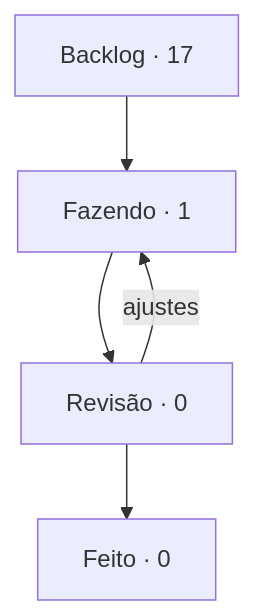
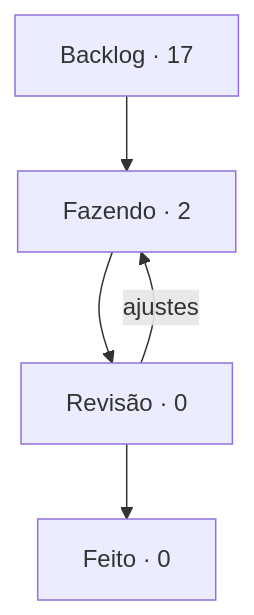
The diagram in boards/dungeon-bend/BOARD.md (StudioVibi/VibiKanban), drawn with Mermaid before and after one commit. The commit also changed other lines of this file and 2 other files, not shown here.

````diff
--- a/boards/dungeon-bend/BOARD.md
+++ b/boards/dungeon-bend/BOARD.md
@@ -5,10 +5,10 @@
 ```mermaid
 flowchart TD
-  backlog["Backlog · 17"] --> doing["Fazendo · 1"]
+  backlog["Backlog · 17"] --> doing["Fazendo · 2"]
   doing --> review["Revisão · 0"]
   review --> done["Feito · 0"]
   review -->|ajustes| doing
   doing:::blue
   review:::yellow
   done:::green
 ```
````
